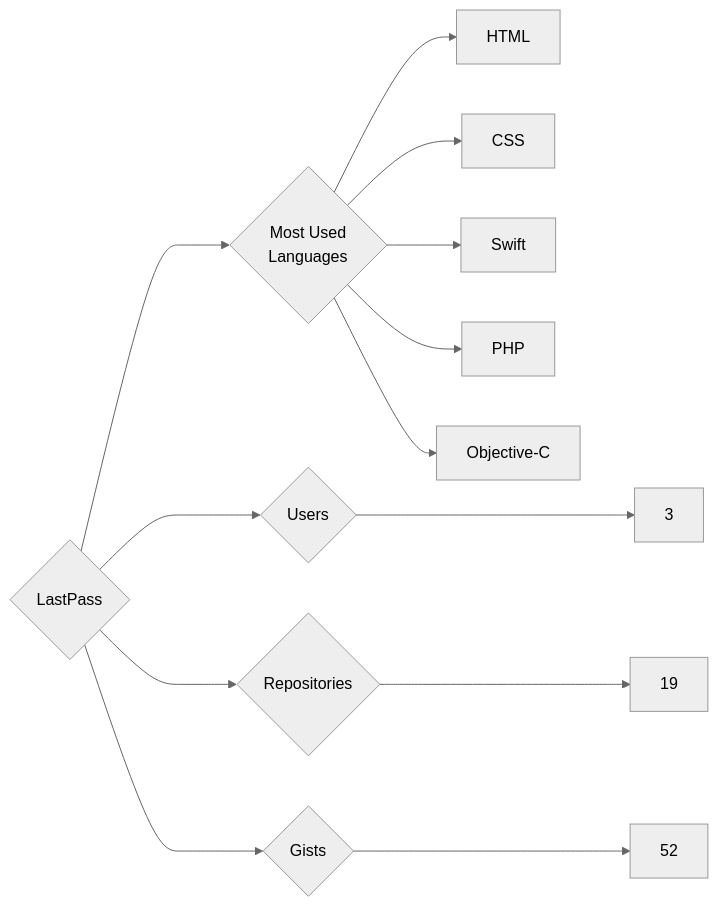
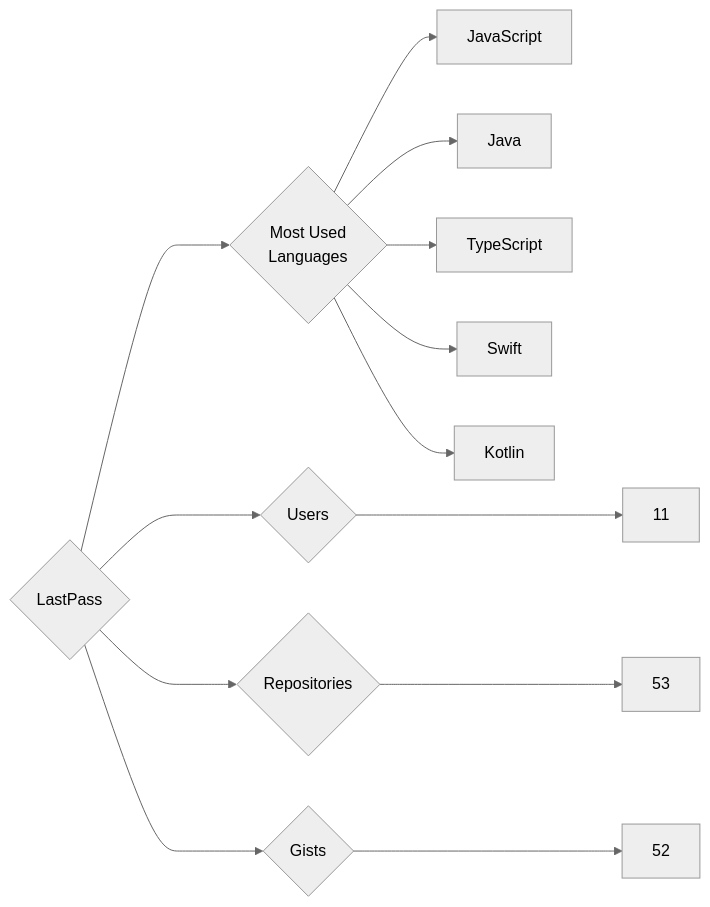
Before and after one commit to trickest/insiders: the diagram in targets/LastPass/README.md, drawn with Mermaid (neutral theme). The commit also changed 873 other files, not shown here.

````diff
--- a/targets/LastPass/README.md
+++ b/targets/LastPass/README.md
@@ -3,13 +3,13 @@
 ```mermaid
 graph LR
 COMPANY_NAME{LastPass}
-COMPANY_NAME ---> U{Users} ---> UN[3]
-COMPANY_NAME ---> R{Repositories} ---> RN[19]
+COMPANY_NAME ---> U{Users} ---> UN[11]
+COMPANY_NAME ---> R{Repositories} ---> RN[53]
 COMPANY_NAME ---> G{Gists} ---> GN[52]
 COMPANY_NAME ---> ML{Most Used<br>Languages}
-ML --> HTML[HTML]
-ML --> CSS[CSS]
+ML --> JavaScript[JavaScript]
+ML --> Java[Java]
+ML --> TypeScript[TypeScript]
 ML --> Swift[Swift]
-ML --> PHP[PHP]
-ML --> Objective-C[Objective-C]
+ML --> Kotlin[Kotlin]
 ```
````
